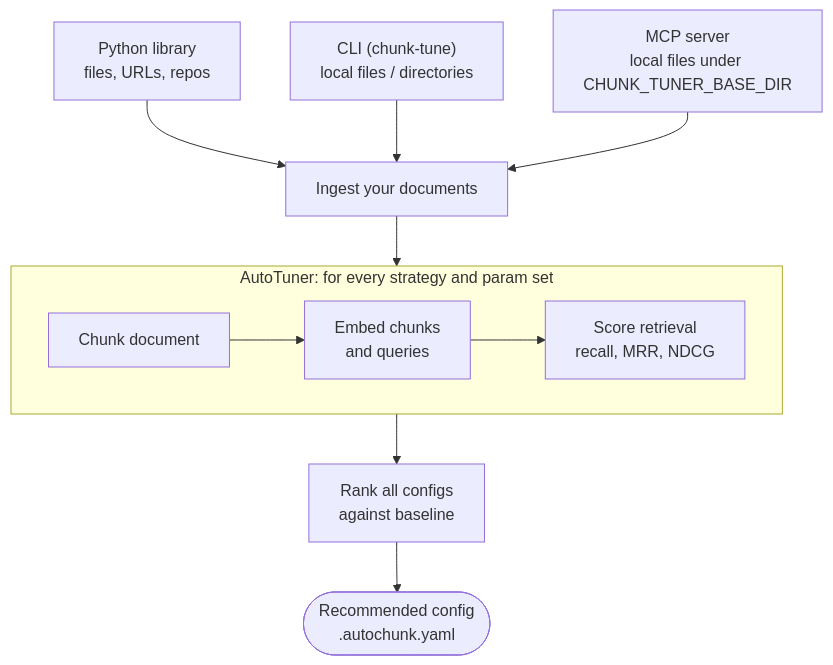
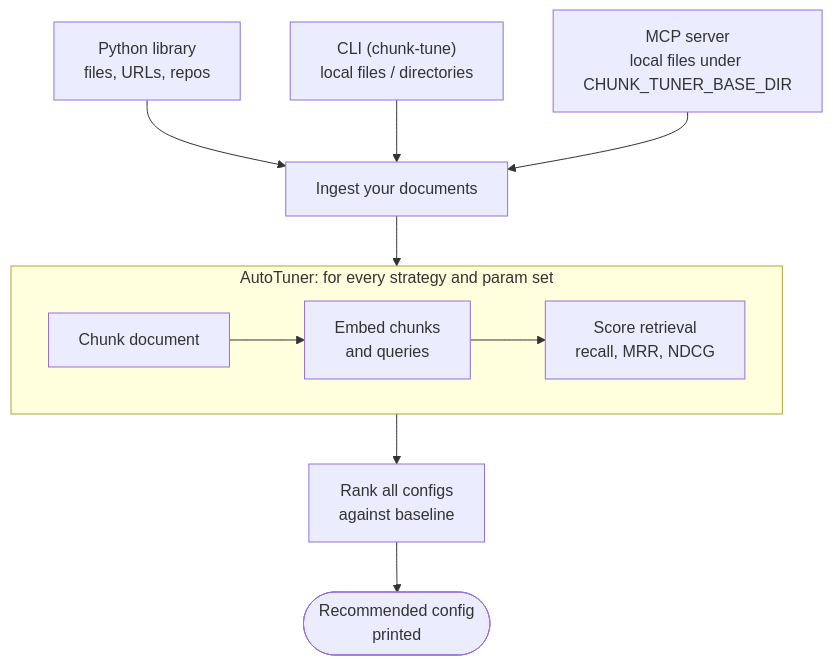
One commit to shantanu-deshmukh/chunktuner changed the diagram in README.md. Above: the diagram before and after it, drawn with Mermaid. The commit also changed other lines of this file and 10 other files, not shown here.

````diff
--- a/README.md
+++ b/README.md
@@ -15,15 +15,15 @@
 ```mermaid
 flowchart TD
     Lib["Python library<br/>files, URLs, repos"] --> Ingest
     CLI["CLI (chunk-tune)<br/>local files / directories"] --> Ingest
     MCP["MCP server<br/>local files under CHUNK_TUNER_BASE_DIR"] --> Ingest
 
     Ingest["Ingest your documents"] --> Tune
 
     subgraph Tune ["AutoTuner: for every strategy and param set"]
         direction LR
         Chunk["Chunk document"] --> Embed["Embed chunks<br/>and queries"] --> Score["Score retrieval<br/>recall, MRR, NDCG"]
     end
 
-    Tune --> Rank["Rank all configs<br/>against baseline"] --> Best(["Recommended config<br/>.autochunk.yaml"])
+    Tune --> Rank["Rank all configs<br/>against baseline"] --> Best(["Recommended config<br/>printed"])
 ```
````
